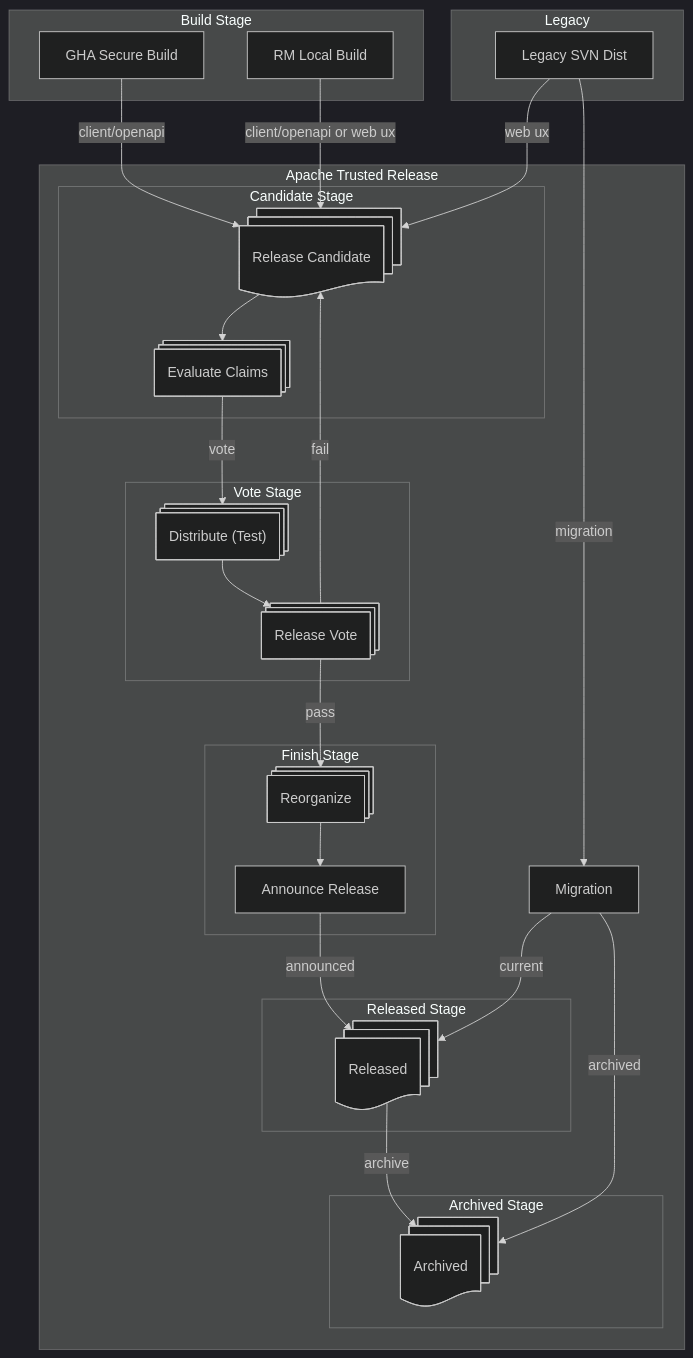
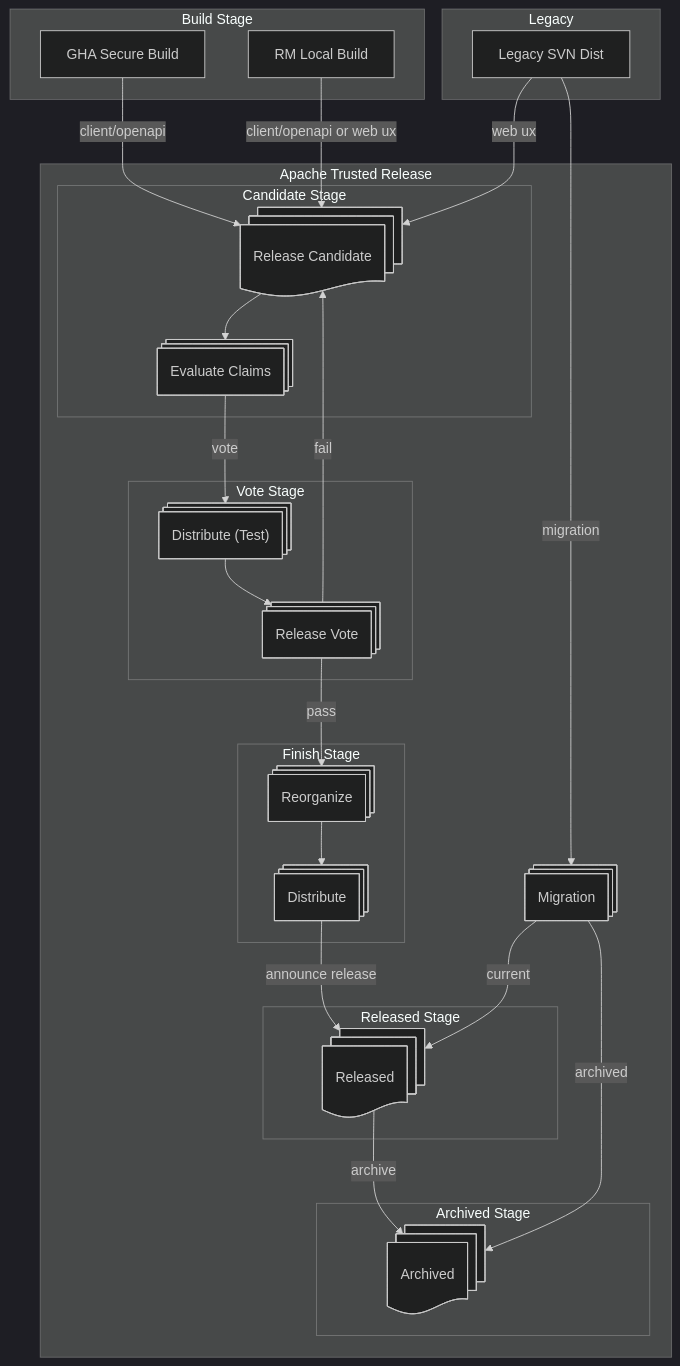
The diagram in apache-trusted-release/lifecycle.md (jbampton/tooling-docs), drawn with Mermaid (dark theme) before and after one commit.

Commit message:
Additional lifecycle updates

````diff
--- a/apache-trusted-release/lifecycle.md
+++ b/apache-trusted-release/lifecycle.md
@@ -9,45 +9,45 @@
 ```mermaid
 flowchart TD
     subgraph Build Stage
     A[GHA Secure Build]
     BB[RM Local Build]
     end
     subgraph Legacy
     B[Legacy SVN Dist]
     end
     subgraph Apache Trusted Release
     C@{ shape: docs, label: "Release Candidate" }
     A -->|client/openapi| C
     BB -->|client/openapi or web ux| C
     B -->|web ux| C
     subgraph Candidate Stage
     D@{ shape: processes, label: "Evaluate Claims" }
     C --> D
     end
     subgraph Vote Stage
     GG@{ shape: processes, label: "Distribute (Test)" }
     E@{ shape: processes, label: "Release Vote" }
     E -->|fail| C
     D -->|vote| GG
     GG --> E
     end
-    II[Migration]
+    II@{ shape: processes, label: "Migration" }
     subgraph Finish Stage
     G@{ shape: processes, label: "Reorganize" }
     E -->|pass| G
-    I[Announce Release]
+    I@{ shape: processes, label: "Distribute" }
     G --> I
     end
     subgraph Released Stage
     J@{ shape: docs, label: "Released" }
-    I -->|announced| J
+    I -->|announce release| J
     end
     B -->|migration| II
-    II -->|current| J
+    II --> |current| J
     subgraph Archived Stage
     K@{ shape: docs, label: "Archived" }
     end
     J -->|archive| K
     II -->|archived| K
     end
 ```
````
